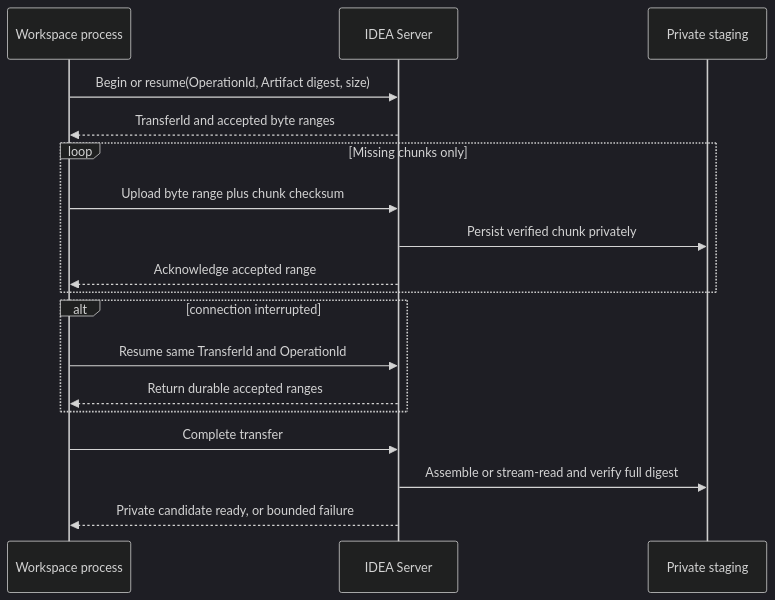
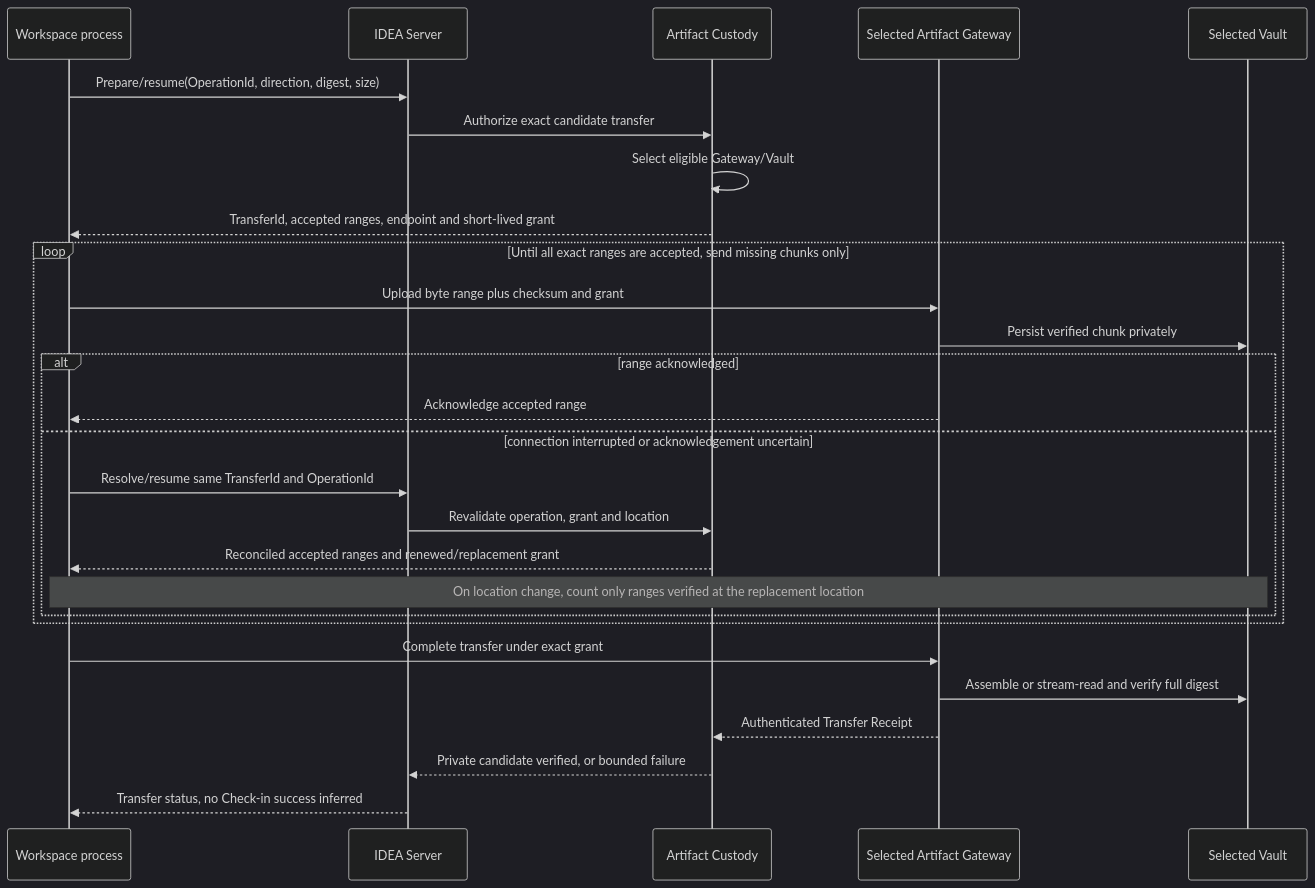
Before and after one commit to devphuclam/IDEAEngineering: diagram 23 of 28 in docs/product/instances/idea-engineering/DOC-05-architecture-description.md, drawn with Mermaid (dark theme). The commit also changed other lines of this file and 496 other files, not shown here.

Commit message:
docs: update vault architecture and clean repository evidence

````diff
--- a/docs/product/instances/idea-engineering/DOC-05-architecture-description.md
+++ b/docs/product/instances/idea-engineering/DOC-05-architecture-description.md
@@ -2148,24 +2202,33 @@
 ```mermaid
 sequenceDiagram
     accTitle: Resumable large Artifact transfer
-    accDescr: The Workspace begins or resumes one transfer bound to an OperationId, digest and size. The server reports accepted ranges so only missing chunks are sent. Private staging verifies each chunk and the full digest; completion makes a private candidate ready but never publishes a Generation.
+    accDescr: The Workspace asks the IDEA Server control plane to begin or resume one transfer bound to an OperationId, digest and size. Artifact Custody selects an eligible Gateway and Vault and returns a short-lived scoped grant. Workspace then sends only missing chunks directly to the Gateway. The Gateway and Vault verify each chunk and the full digest and return an authenticated receipt. Completion makes a private candidate ready but never publishes a Generation.
 
     participant Workspace as Workspace process
     participant Server as IDEA Server
-    participant Staging as Private staging
+    participant Custody as Artifact Custody
+    participant Gateway as Selected Artifact Gateway
+    participant Vault as Selected Vault
 
-    Workspace->>Server: Begin or resume(OperationId, Artifact digest, size)
-    Server-->>Workspace: TransferId and accepted byte ranges
-    loop Missing chunks only
-        Workspace->>Server: Upload byte range plus chunk checksum
-        Server->>Staging: Persist verified chunk privately
-        Server-->>Workspace: Acknowledge accepted range
+    Workspace->>Server: Prepare/resume(OperationId, direction, digest, size)
+    Server->>Custody: Authorize exact candidate transfer
+    Custody->>Custody: Select eligible Gateway/Vault
+    Custody-->>Workspace: TransferId, accepted ranges, endpoint and short-lived grant
+    loop Until all exact ranges are accepted, send missing chunks only
+        Workspace->>Gateway: Upload byte range plus checksum and grant
+        Gateway->>Vault: Persist verified chunk privately
+        alt range acknowledged
+            Gateway-->>Workspace: Acknowledge accepted range
+        else connection interrupted or acknowledgement uncertain
+            Workspace->>Server: Resolve/resume same TransferId and OperationId
+            Server->>Custody: Revalidate operation, grant and location
+            Custody-->>Workspace: Reconciled accepted ranges and renewed/replacement grant
+            Note over Workspace,Vault: On location change, count only ranges verified at the replacement location
+        end
     end
-    alt connection interrupted
-        Workspace->>Server: Resume same TransferId and OperationId
-        Server-->>Workspace: Return durable accepted ranges
-    end
-    Workspace->>Server: Complete transfer
-    Server->>Staging: Assemble or stream-read and verify full digest
-    Server-->>Workspace: Private candidate ready, or bounded failure
+    Workspace->>Gateway: Complete transfer under exact grant
+    Gateway->>Vault: Assemble or stream-read and verify full digest
+    Gateway-->>Custody: Authenticated Transfer Receipt
+    Custody-->>Server: Private candidate verified, or bounded failure
+    Server-->>Workspace: Transfer status, no Check-in success inferred
 ```
````
